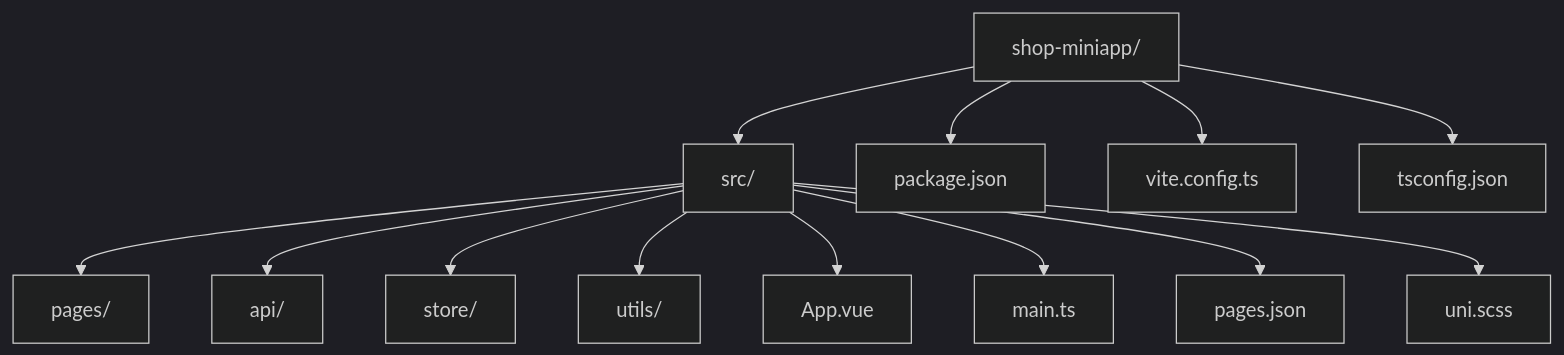
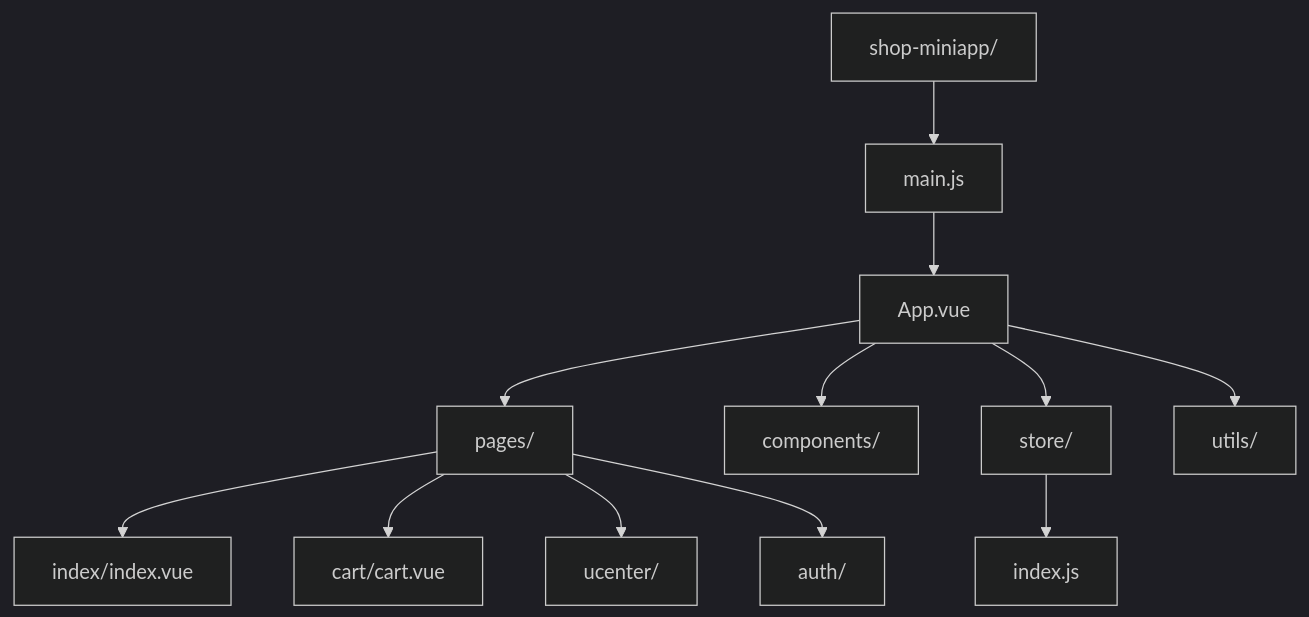
One commit to QtImM/wechatMiniprogram_Store changed the first of 8 diagrams in .qoder/repowiki/zh/content/前端架构设计/前端架构设计.md. Above: the diagram before and after it, drawn with Mermaid (dark theme). The commit also changed other lines of this file and 109 other files, not shown here.

````diff
--- a/.qoder/repowiki/zh/content/前端架构设计/前端架构设计.md
+++ b/.qoder/repowiki/zh/content/前端架构设计/前端架构设计.md
@@ -45,15 +44,14 @@
 ```mermaid
 graph TB
-A["shop-miniapp/"] --> B["src/"]
-B --> C["pages/"]
-B --> D["api/"]
-B --> E["store/"]
-B --> F["utils/"]
-B --> G["App.vue"]
-B --> H["main.ts"]
-B --> I["pages.json"]
-B --> J["uni.scss"]
-A --> K["package.json"]
-A --> L["vite.config.ts"]
-A --> M["tsconfig.json"]
+A["shop-miniapp/"] --> B["main.js"]
+B --> C["App.vue"]
+C --> D["pages/"]
+C --> E["components/"]
+C --> F["store/"]
+C --> G["utils/"]
+D --> H["index/index.vue"]
+D --> I["cart/cart.vue"]
+D --> J["ucenter/"]
+D --> K["auth/"]
+F --> L["index.js"]
 ```
````
